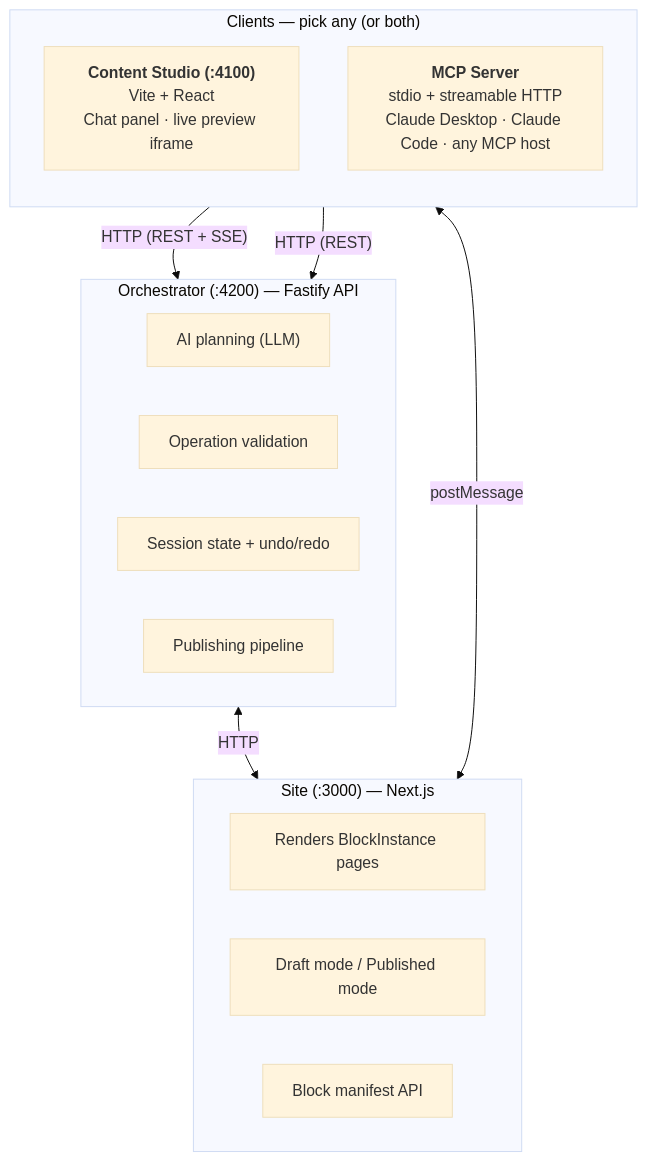
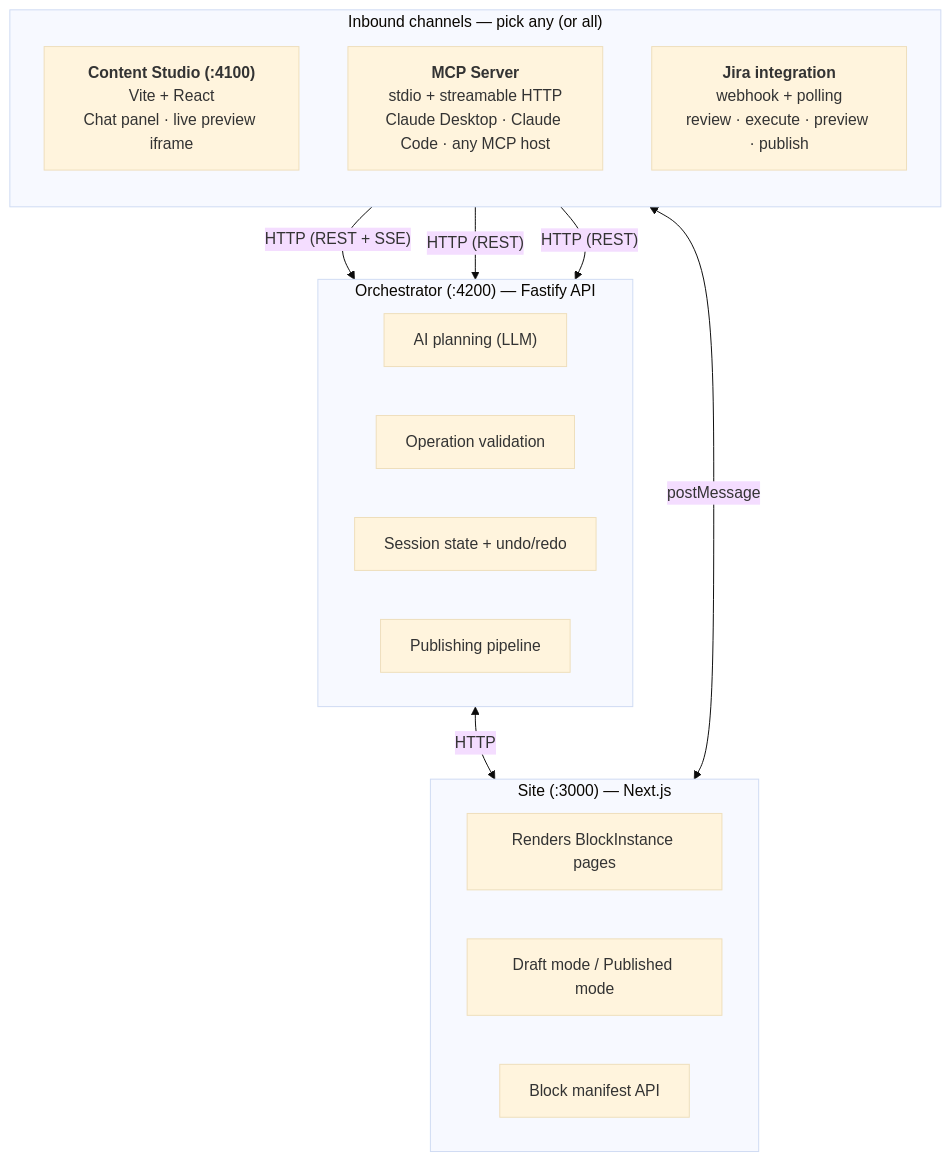
The first of 2 diagrams in docs-site/architecture.mdx (avocadostudio-ai/avocado), drawn with Mermaid (base theme) before and after one commit. The commit also changed other lines of this file and 2 other files, not shown here.

Commit message:
docs: surface Jira integration alongside MCP
- Rename Integration nav group "Connect from AI Assistants" to
  "Inbound channels" and put both MCP and Jira there (was last item
  in Advanced)
- Add Jira card to Start-Here grid + key-capabilities bullet
- Add Jira as a third inbound channel in the architecture diagram;
  prose updated to describe three parallel front doors

````diff
--- a/docs-site/architecture.mdx
+++ b/docs-site/architecture.mdx
@@ -10,26 +10,28 @@
 ```mermaid
 graph TD
-    subgraph Clients["Clients — pick any (or both)"]
+    subgraph Clients["Inbound channels — pick any (or all)"]
         direction TB
         Editor["<b>Content Studio (:4100)</b><br/>Vite + React<br/>Chat panel · live preview iframe"]
         MCP["<b>MCP Server</b><br/>stdio + streamable HTTP<br/>Claude Desktop · Claude Code · any MCP host"]
+        Jira["<b>Jira integration</b><br/>webhook + polling<br/>review · execute · preview · publish"]
     end
 
     subgraph Orchestrator["Orchestrator (:4200) — Fastify API"]
         O1["AI planning (LLM)"]
         O2["Operation validation"]
         O3["Session state + undo/redo"]
         O4["Publishing pipeline"]
     end
 
     subgraph Site["Site (:3000) — Next.js"]
         S1["Renders BlockInstance pages"]
         S2["Draft mode / Published mode"]
         S3["Block manifest API"]
     end
 
     Editor -->|"HTTP (REST + SSE)"| Orchestrator
     MCP -->|"HTTP (REST)"| Orchestrator
+    Jira -->|"HTTP (REST)"| Orchestrator
     Editor <-->|"postMessage"| Site
     Orchestrator <-->|"HTTP"| Site
 ```
````
